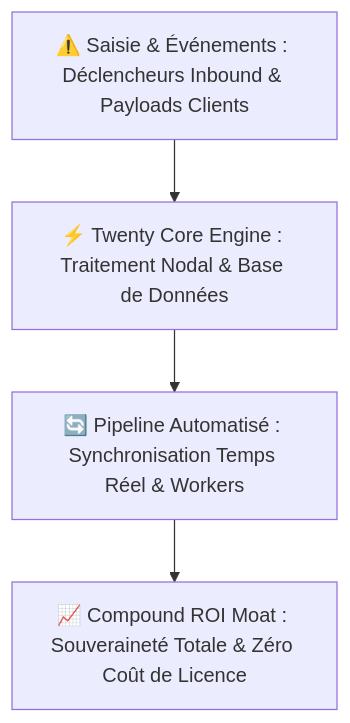
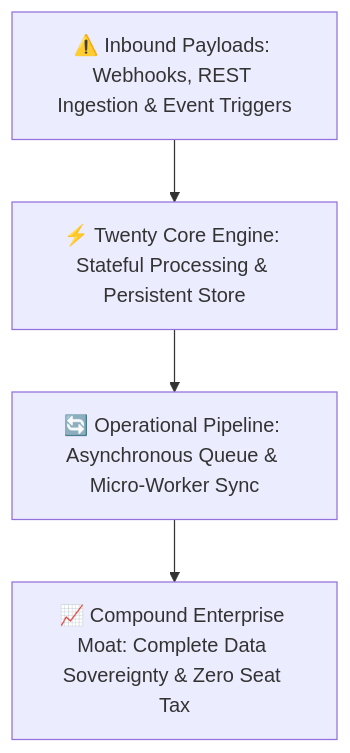
One commit to heliatech-media/saas-radar changed the diagram in site/src/content/repos/twenty.md. Above: the diagram before and after it, drawn with Mermaid. The commit also changed other lines of this file and 11 other files, not shown here.

````diff
--- a/site/src/content/repos/twenty.md
+++ b/site/src/content/repos/twenty.md
@@ -38,6 +38,6 @@
 ```mermaid
 flowchart TD
-    Inp["⚠️ Saisie & Événements : Déclencheurs Inbound & Payloads Clients"] --> Eng["⚡ Twenty Core Engine : Traitement Nodal & Base de Données"]
-    Eng --> Pipe["🔄 Pipeline Automatisé : Synchronisation Temps Réel & Workers"]
-    Pipe --> Moat["📈 Compound ROI Moat : Souveraineté Totale & Zéro Coût de Licence"]
+    Inp["⚠️ Inbound Payloads: Webhooks, REST Ingestion & Event Triggers"] --> Eng["⚡ Twenty Core Engine: Stateful Processing & Persistent Store"]
+    Eng --> Pipe["🔄 Operational Pipeline: Asynchronous Queue & Micro-Worker Sync"]
+    Pipe --> Moat["📈 Compound Enterprise Moat: Complete Data Sovereignty & Zero Seat Tax"]
 ```
````
